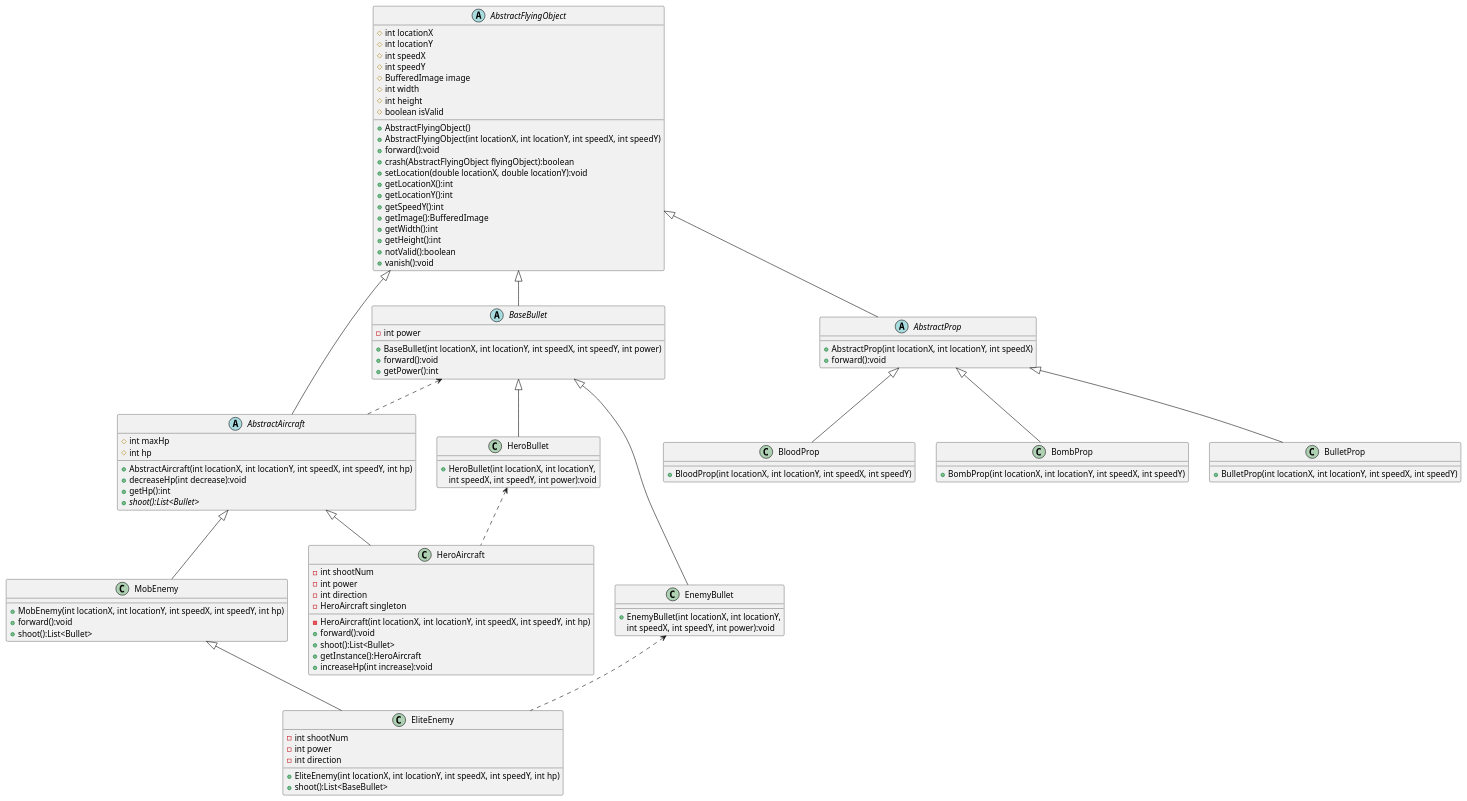
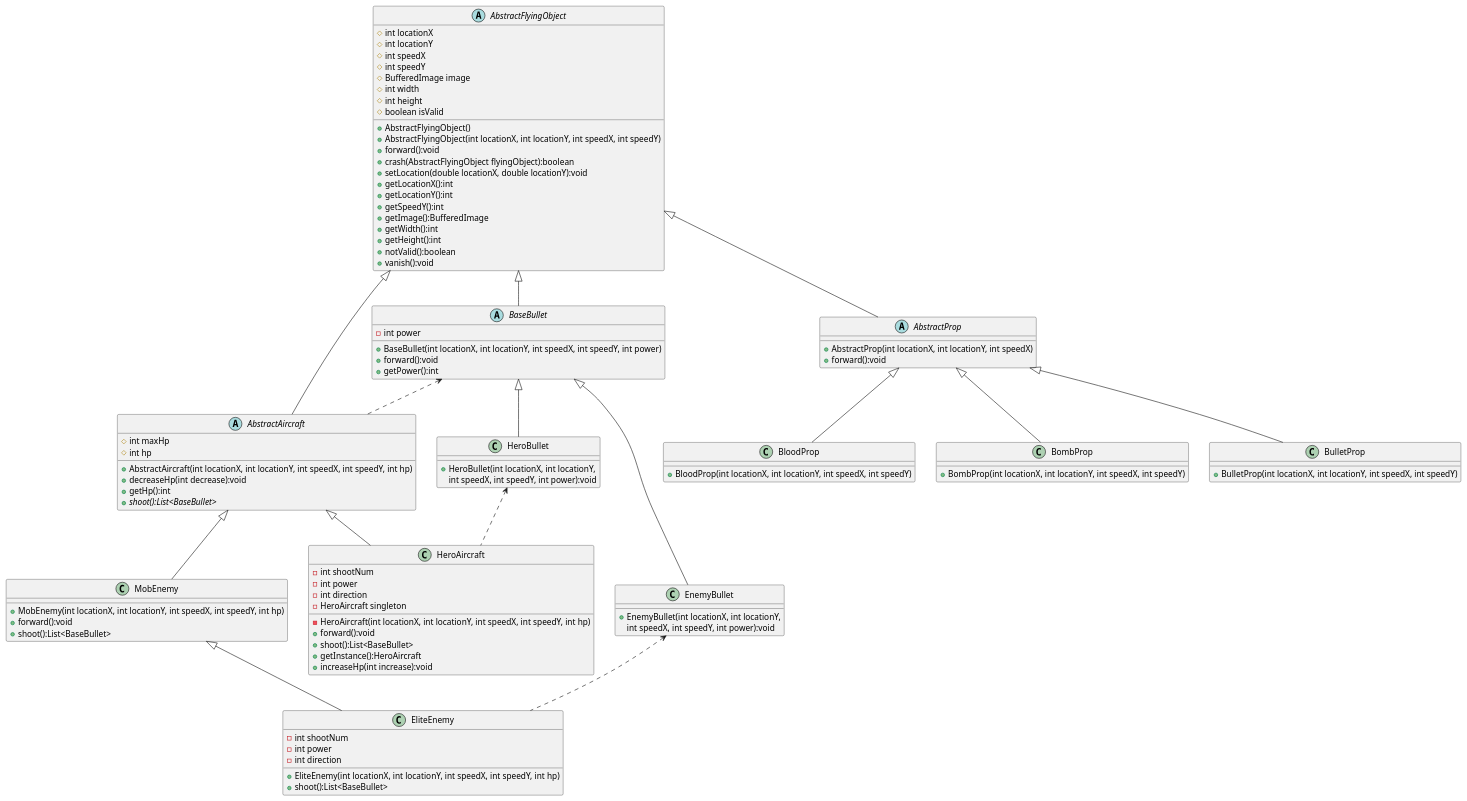
The diagram in uml/Inheritence.puml (d-sun-cs/AircraftWar-base), drawn with PlantUML before and after one commit. The commit also changed 2 other files, not shown here.

```diff
--- a/uml/Inheritence.puml
+++ b/uml/Inheritence.puml
@@ -1,121 +1,121 @@
 @startuml
 'https://plantuml.com/class-diagram
 
 abstract class AbstractFlyingObject
 {
     # int locationX
     # int locationY
     # int speedX
     # int speedY
     # BufferedImage image
     # int width
     # int height
     # boolean isValid
 
     + AbstractFlyingObject()
     + AbstractFlyingObject(int locationX, int locationY, int speedX, int speedY)
     + forward():void
     + crash(AbstractFlyingObject flyingObject):boolean
     + setLocation(double locationX, double locationY):void
     + getLocationX():int
     + getLocationY():int
     + getSpeedY():int
     + getImage():BufferedImage
     + getWidth():int
     + getHeight():int
     + notValid():boolean
     + vanish():void
 }
 abstract class AbstractAircraft
 {
 	# int maxHp
     # int hp
 
     + AbstractAircraft(int locationX, int locationY, int speedX, int speedY, int hp)
     + decreaseHp(int decrease):void
     + getHp():int
-    + {abstract} shoot():List<Bullet>
+    + {abstract} shoot():List<BaseBullet>
  }
 
 abstract class BaseBullet
 {
     - int power
 
     + BaseBullet(int locationX, int locationY, int speedX, int speedY, int power)
     + forward():void
 	+ getPower():int
 }
 
 abstract class AbstractProp
 {
     + AbstractProp(int locationX, int locationY, int speedX)
     + forward():void
 }
 
 AbstractFlyingObject <|-- AbstractAircraft
 AbstractFlyingObject <|-- BaseBullet
 AbstractFlyingObject <|-- AbstractProp
 
 
 AbstractAircraft <|-- HeroAircraft
 AbstractAircraft <|-- MobEnemy
 MobEnemy <|-- EliteEnemy
 
 BaseBullet <|-- HeroBullet
 BaseBullet <|-- EnemyBullet
 
 AbstractProp <|-- BloodProp
 AbstractProp <|-- BombProp
 AbstractProp <|-- BulletProp
 
 BaseBullet <.. AbstractAircraft
 HeroBullet <.. HeroAircraft
 EnemyBullet <.. EliteEnemy
 
 class HeroAircraft {
     - int shootNum
     - int power
     - int direction
     - HeroAircraft singleton
     - HeroAircraft(int locationX, int locationY, int speedX, int speedY, int hp)
     + forward():void
-    + shoot():List<Bullet>
+    + shoot():List<BaseBullet>
     + getInstance():HeroAircraft
     + increaseHp(int increase):void
 }
 
 class MobEnemy {
     + MobEnemy(int locationX, int locationY, int speedX, int speedY, int hp)
     + forward():void
-    + shoot():List<Bullet>
+    + shoot():List<BaseBullet>
 }
 
 class EliteEnemy
 {
     - int shootNum
     - int power
     - int direction
     + EliteEnemy(int locationX, int locationY, int speedX, int speedY, int hp)
     + shoot():List<BaseBullet>
 }
 
 class HeroBullet {
     + HeroBullet(int locationX, int locationY,
      int speedX, int speedY, int power):void
 }
 
 class EnemyBullet {
     + EnemyBullet(int locationX, int locationY,
      int speedX, int speedY, int power):void
 }
 
 class BloodProp {
     + BloodProp(int locationX, int locationY, int speedX, int speedY)
 }
 class BombProp {
     + BombProp(int locationX, int locationY, int speedX, int speedY)
 }
 class BulletProp {
     + BulletProp(int locationX, int locationY, int speedX, int speedY)
 }
 @enduml
```
